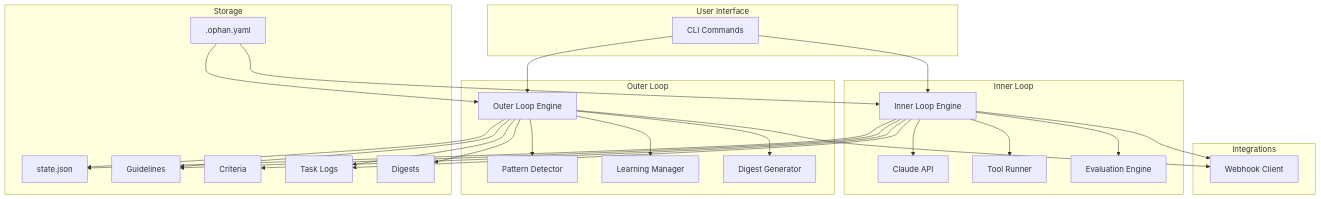
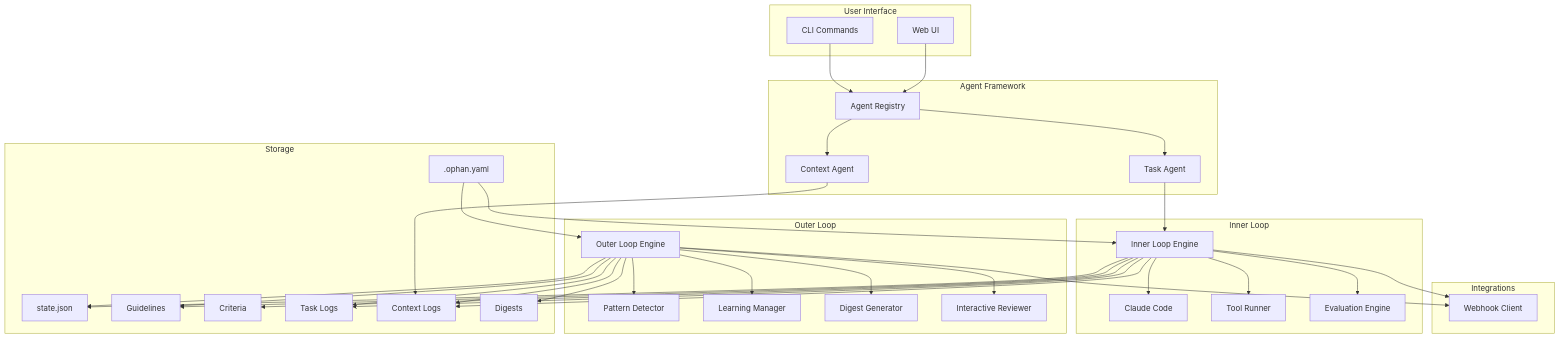
Before and after one commit to cymfg/ophan: the first of 12 diagrams in docs/architecture.md, drawn with Mermaid. The commit also changed other lines of this file and 34 other files, not shown here.

First line of the commit message:
feat: add core agent types and utilities for multi-agent architecture

````diff
--- a/docs/architecture.md
+++ b/docs/architecture.md
@@ -7,59 +7,76 @@
 ```mermaid
 flowchart TB
     subgraph "User Interface"
         CLI[CLI Commands]
+        UI[Web UI]
+    end
+
+    subgraph "Agent Framework"
+        AR[Agent Registry]
+        TA[Task Agent]
+        CA[Context Agent]
     end
 
     subgraph "Inner Loop"
         IL[Inner Loop Engine]
-        Claude[Claude API]
+        Claude[Claude Code]
         Tools[Tool Runner]
         Eval[Evaluation Engine]
     end
 
     subgraph "Outer Loop"
         OL[Outer Loop Engine]
         PD[Pattern Detector]
         LM[Learning Manager]
         DG[Digest Generator]
+        IR[Interactive Reviewer]
     end
 
     subgraph "Storage"
         Config[.ophan.yaml]
         State[state.json]
         Guidelines[Guidelines]
         Criteria[Criteria]
         Logs[Task Logs]
+        CtxLogs[Context Logs]
         Digests[Digests]
     end
 
     subgraph "Integrations"
         Webhooks[Webhook Client]
     end
 
-    CLI --> IL
-    CLI --> OL
+    CLI --> AR
+    UI --> AR
+    AR --> TA
+    AR --> CA
+
+    TA --> IL
+    CA --> CtxLogs
 
     IL --> Claude
     IL --> Tools
     IL --> Eval
     IL --> Logs
+    IL --> CtxLogs
     IL --> Webhooks
 
     OL --> PD
     OL --> LM
     OL --> DG
+    OL --> IR
     OL --> Logs
+    OL --> CtxLogs
     OL --> Digests
     OL --> Webhooks
 
     IL --> Guidelines
     IL --> Criteria
     IL --> State
 
     OL --> Guidelines
     OL --> State
 
     Config --> IL
     Config --> OL
 ```
````
